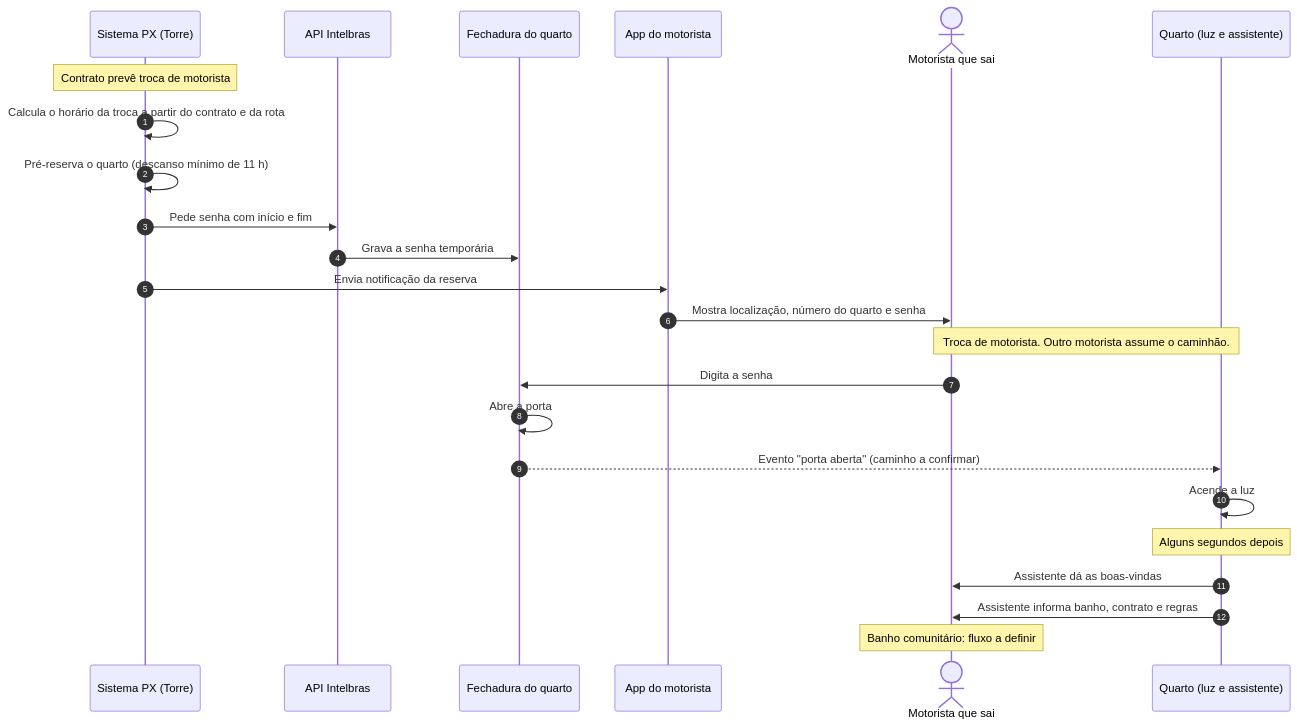
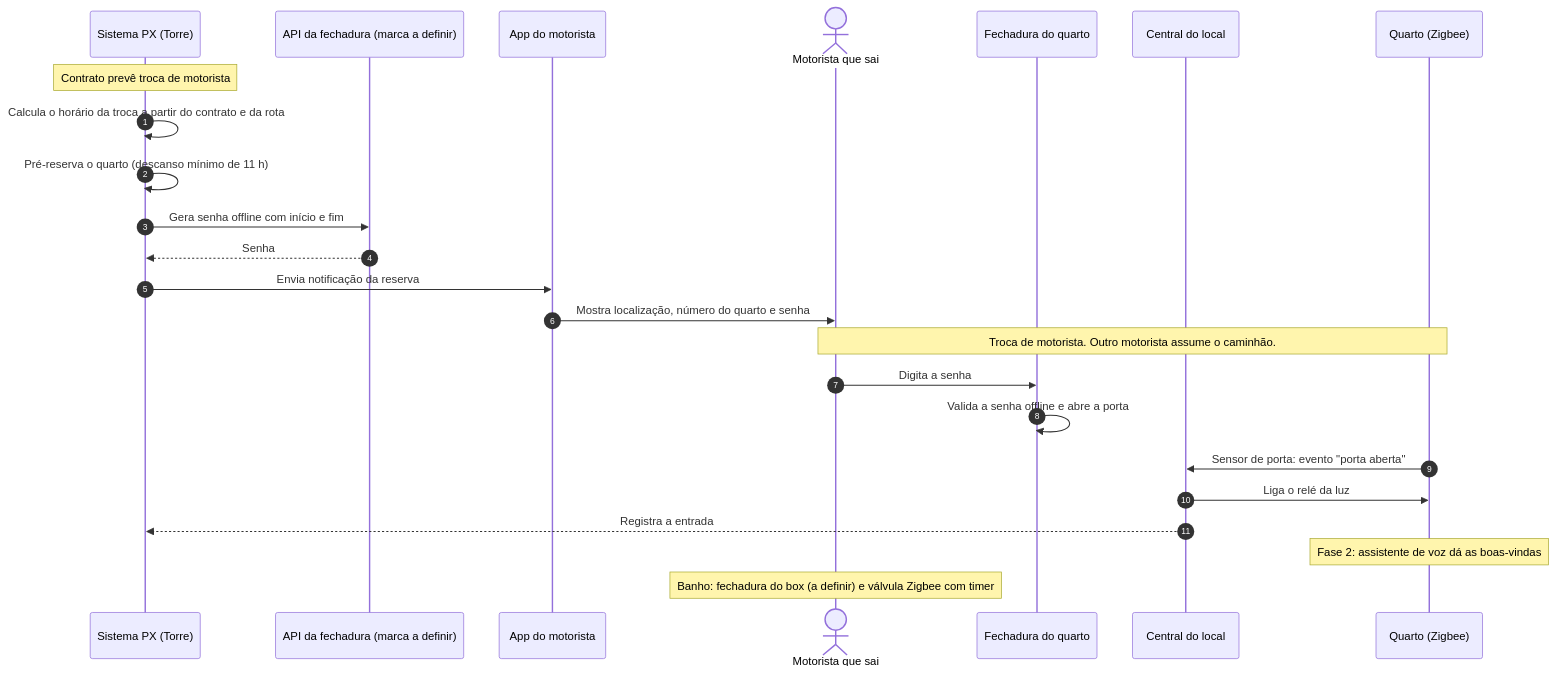
The diagram in README.md (JoaoBornelli/px-room), drawn with Mermaid before and after one commit. The commit also changed other lines of this file and 7 other files, not shown here.

First line of the commit message:
docs(adr): adopt one zigbee central per site

````diff
--- a/README.md
+++ b/README.md
@@ -36,30 +49,30 @@
 ```mermaid
 sequenceDiagram
     autonumber
     participant T as Sistema PX (Torre)
-    participant I as API Intelbras
-    participant F as Fechadura do quarto
+    participant L as API da fechadura (marca a definir)
     participant A as App do motorista
     actor M as Motorista que sai
-    participant Q as Quarto (luz e assistente)
+    participant F as Fechadura do quarto
+    participant C as Central do local
+    participant Q as Quarto (Zigbee)
 
     Note over T: Contrato prevê troca de motorista
     T->>T: Calcula o horário da troca a partir do contrato e da rota
     T->>T: Pré-reserva o quarto (descanso mínimo de 11 h)
-    T->>I: Pede senha com início e fim
-    I->>F: Grava a senha temporária
+    T->>L: Gera senha offline com início e fim
+    L-->>T: Senha
     T->>A: Envia notificação da reserva
     A->>M: Mostra localização, número do quarto e senha
 
     Note over M,Q: Troca de motorista. Outro motorista assume o caminhão.
 
     M->>F: Digita a senha
-    F->>F: Abre a porta
-    F-->>Q: Evento "porta aberta" (caminho a confirmar)
-    Q->>Q: Acende a luz
-    Note over Q: Alguns segundos depois
-    Q->>M: Assistente dá as boas-vindas
-    Q->>M: Assistente informa banho, contrato e regras
+    F->>F: Valida a senha offline e abre a porta
+    Q->>C: Sensor de porta: evento "porta aberta"
+    C->>Q: Liga o relé da luz
+    C-->>T: Registra a entrada
+    Note over Q: Fase 2: assistente de voz dá as boas-vindas
 
-    Note over M: Banho comunitário: fluxo a definir
+    Note over M: Banho: fechadura do box (a definir) e válvula Zigbee com timer
 ```
````
